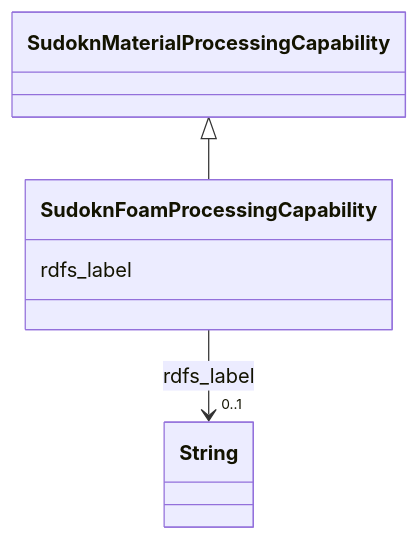
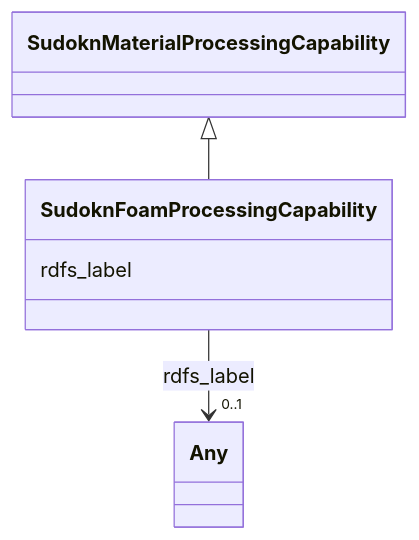
The diagram in sudokn-kg/classes/SudoknFoamProcessingCapability.md (frink-okn/graph-descriptions), drawn with Mermaid before and after one commit. The commit also changed other lines of this file and 903 other files, not shown here.

````diff
--- a/sudokn-kg/classes/SudoknFoamProcessingCapability.md
+++ b/sudokn-kg/classes/SudoknFoamProcessingCapability.md
@@ -23,18 +18,18 @@
 ```mermaid
  classDiagram
     class SudoknFoamProcessingCapability
     click SudoknFoamProcessingCapability href "../SudoknFoamProcessingCapability"
       SudoknMaterialProcessingCapability <|-- SudoknFoamProcessingCapability
         click SudoknMaterialProcessingCapability href "../SudoknMaterialProcessingCapability"
       
       SudoknFoamProcessingCapability : rdfs_label
         
           
     
     
-    SudoknFoamProcessingCapability --> "0..1" String : rdfs_label
-    click String href "../String"
+    SudoknFoamProcessingCapability --> "0..1" Any : rdfs_label
+    click Any href "../Any"
 
         
       
 ```
````
